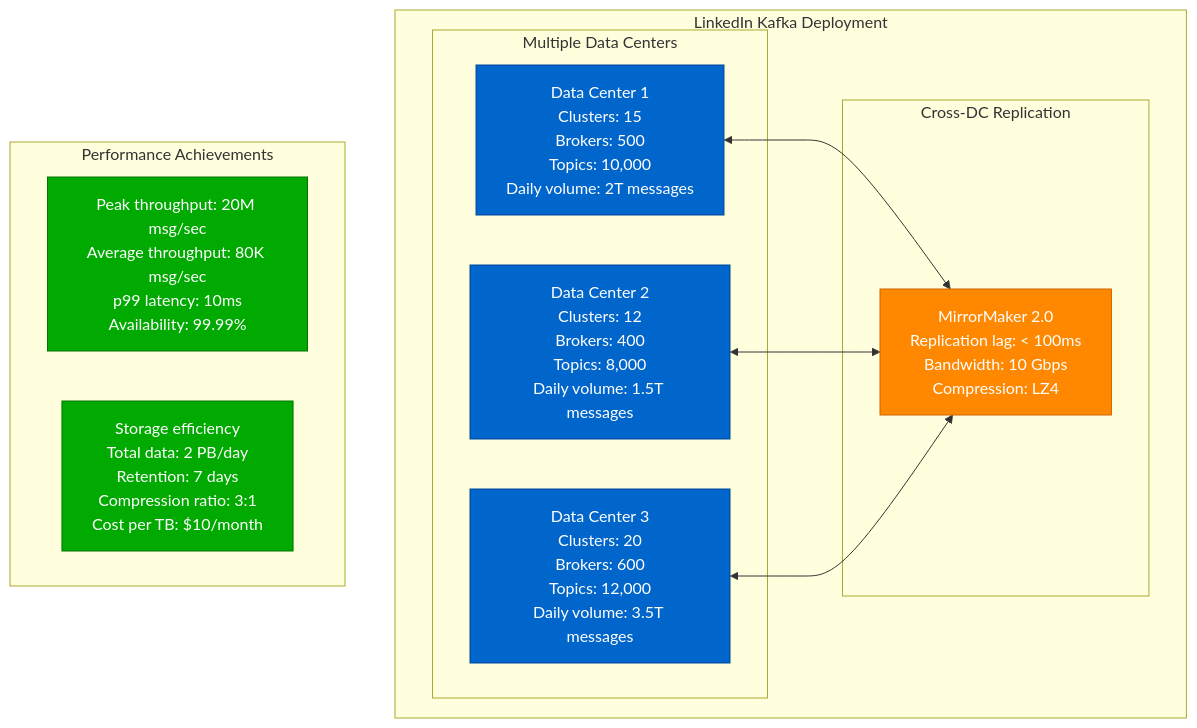
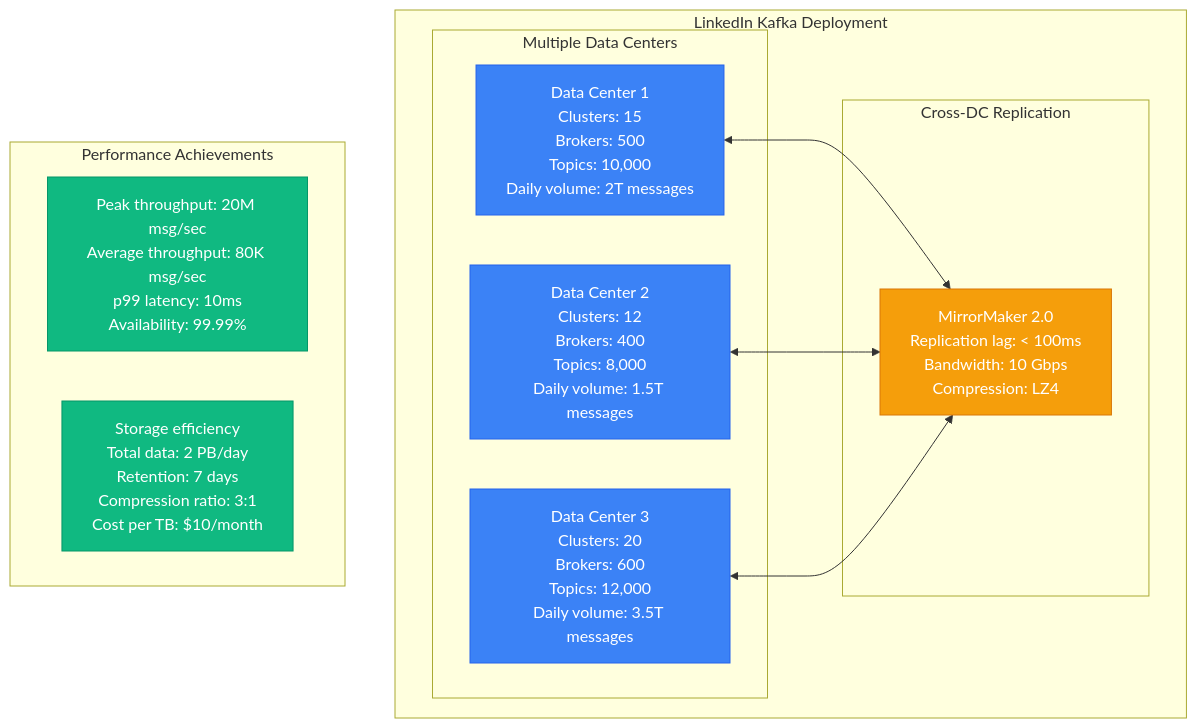
One commit to deepaucksharma/DS changed the tenth of 13 diagrams in site/docs/performance/kafka-performance-profile.md. Above: the diagram before and after it, drawn with Mermaid. The commit also changed other lines of this file and 303 other files, not shown here.

````diff
--- a/site/docs/performance/kafka-performance-profile.md
+++ b/site/docs/performance/kafka-performance-profile.md
@@ -384,34 +384,34 @@
 ```mermaid
 graph TB
     subgraph "LinkedIn Kafka Deployment"
         subgraph "Multiple Data Centers"
             DC1[Data Center 1<br/>Clusters: 15<br/>Brokers: 500<br/>Topics: 10,000<br/>Daily volume: 2T messages]
 
             DC2[Data Center 2<br/>Clusters: 12<br/>Brokers: 400<br/>Topics: 8,000<br/>Daily volume: 1.5T messages]
 
             DC3[Data Center 3<br/>Clusters: 20<br/>Brokers: 600<br/>Topics: 12,000<br/>Daily volume: 3.5T messages]
         end
 
         subgraph "Cross-DC Replication"
             MIRROR[MirrorMaker 2.0<br/>Replication lag: < 100ms<br/>Bandwidth: 10 Gbps<br/>Compression: LZ4]
 
             DC1 <--> MIRROR
             DC2 <--> MIRROR
             DC3 <--> MIRROR
         end
     end
 
     subgraph "Performance Achievements"
         PERF1[Peak throughput: 20M msg/sec<br/>Average throughput: 80K msg/sec<br/>p99 latency: 10ms<br/>Availability: 99.99%]
 
         PERF2[Storage efficiency<br/>Total data: 2 PB/day<br/>Retention: 7 days<br/>Compression ratio: 3:1<br/>Cost per TB: $10/month]
     end
 
-    classDef dcStyle fill:#0066CC,stroke:#004499,color:#fff
-    classDef mirrorStyle fill:#FF8800,stroke:#CC6600,color:#fff
-    classDef perfStyle fill:#00AA00,stroke:#007700,color:#fff
+    classDef dcStyle fill:#3B82F6,stroke:#2563EB,color:#fff
+    classDef mirrorStyle fill:#F59E0B,stroke:#D97706,color:#fff
+    classDef perfStyle fill:#10B981,stroke:#059669,color:#fff
 
     class DC1,DC2,DC3 dcStyle
     class MIRROR mirrorStyle
     class PERF1,PERF2 perfStyle
 ```
````
